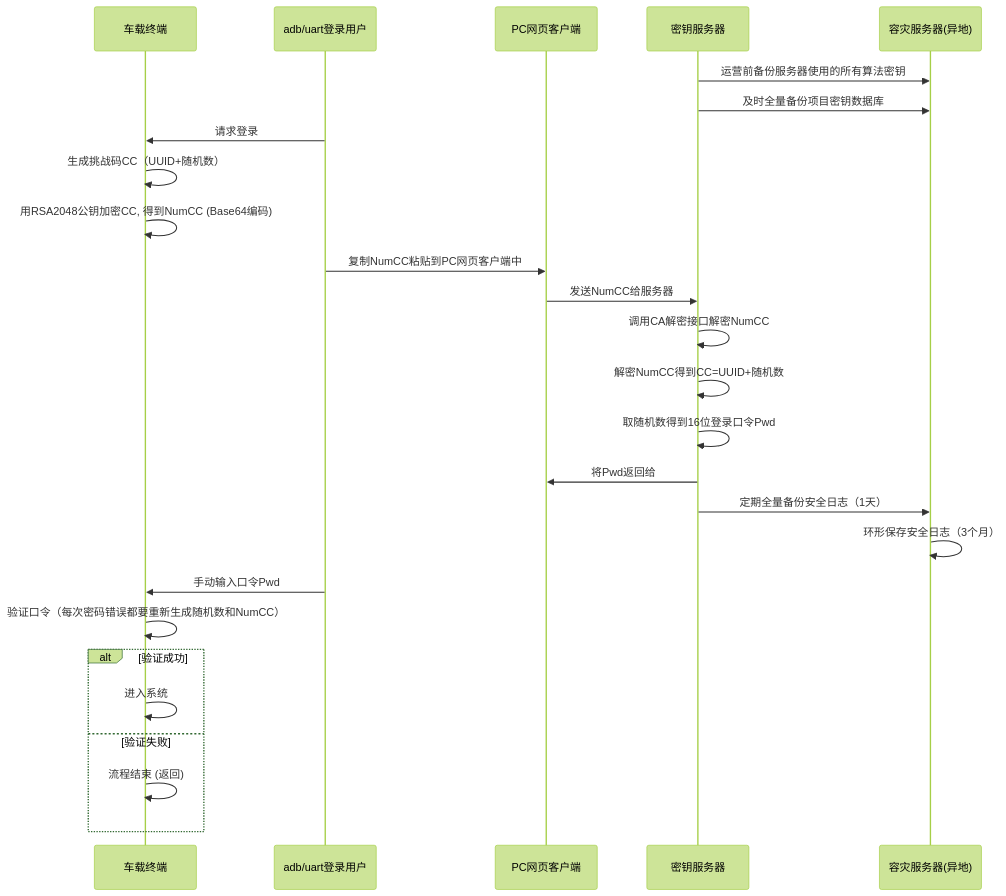
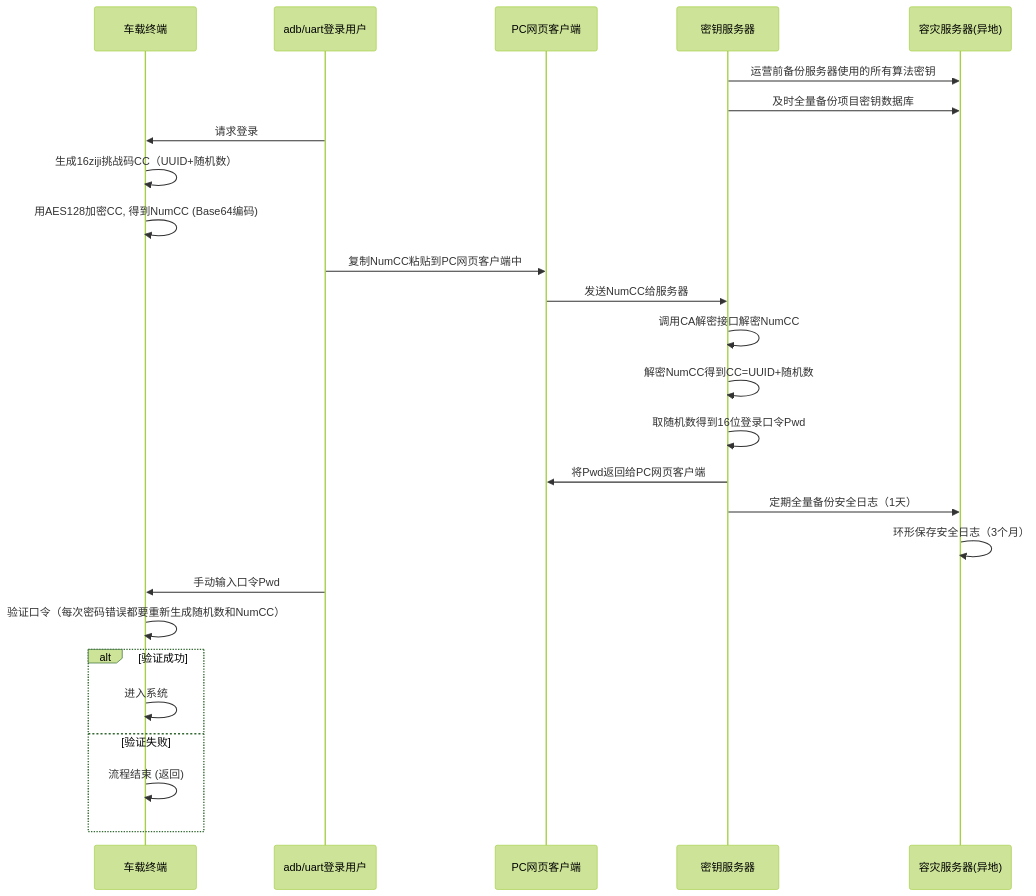
The diagram in all/未命名-19.md (facebook-cloud/iodraw-files), drawn with Mermaid (forest theme) before and after one commit.

Commit message:
2026-03-19 16:41:22 update

````diff
--- a/all/未命名-19.md
+++ b/all/未命名-19.md
@@ -1,33 +1,33 @@
 ```mermaid
 sequenceDiagram
     participant tbox as 车载终端
     participant user as adb/uart登录用户
     participant pc as PC网页客户端
     participant tech_center as 密钥服务器
     participant backup as 容灾服务器(异地)
   
     tech_center->>backup: 运营前备份服务器使用的所有算法密钥
     tech_center->>backup: 及时全量备份项目密钥数据库
 
     user->>tbox: 请求登录
-    tbox->>tbox: 生成挑战码CC（UUID+随机数）
-    tbox->>tbox: 用RSA2048公钥加密CC, 得到NumCC (Base64编码)
+    tbox->>tbox: 生成16ziji挑战码CC（UUID+随机数）
+    tbox->>tbox: 用AES128加密CC, 得到NumCC (Base64编码)
     user->>pc: 复制NumCC粘贴到PC网页客户端中
     pc->>tech_center: 发送NumCC给服务器
     tech_center->>tech_center: 调用CA解密接口解密NumCC
     tech_center->>tech_center: 解密NumCC得到CC=UUID+随机数
     tech_center->>tech_center: 取随机数得到16位登录口令Pwd
-    tech_center->>pc: 将Pwd返回给
+    tech_center->>pc: 将Pwd返回给PC网页客户端
 
     tech_center->>backup: 定期全量备份安全日志（1天）
     backup->>backup: 环形保存安全日志（3个月）
     user->>tbox: 手动输入口令Pwd
     tbox->>tbox: 验证口令（每次密码错误都要重新生成随机数和NumCC）
     alt 验证成功
         tbox->>tbox: 进入系统
     else 验证失败
         tbox->>tbox: 流程结束 (返回)
     end
 
 
 ```
````
